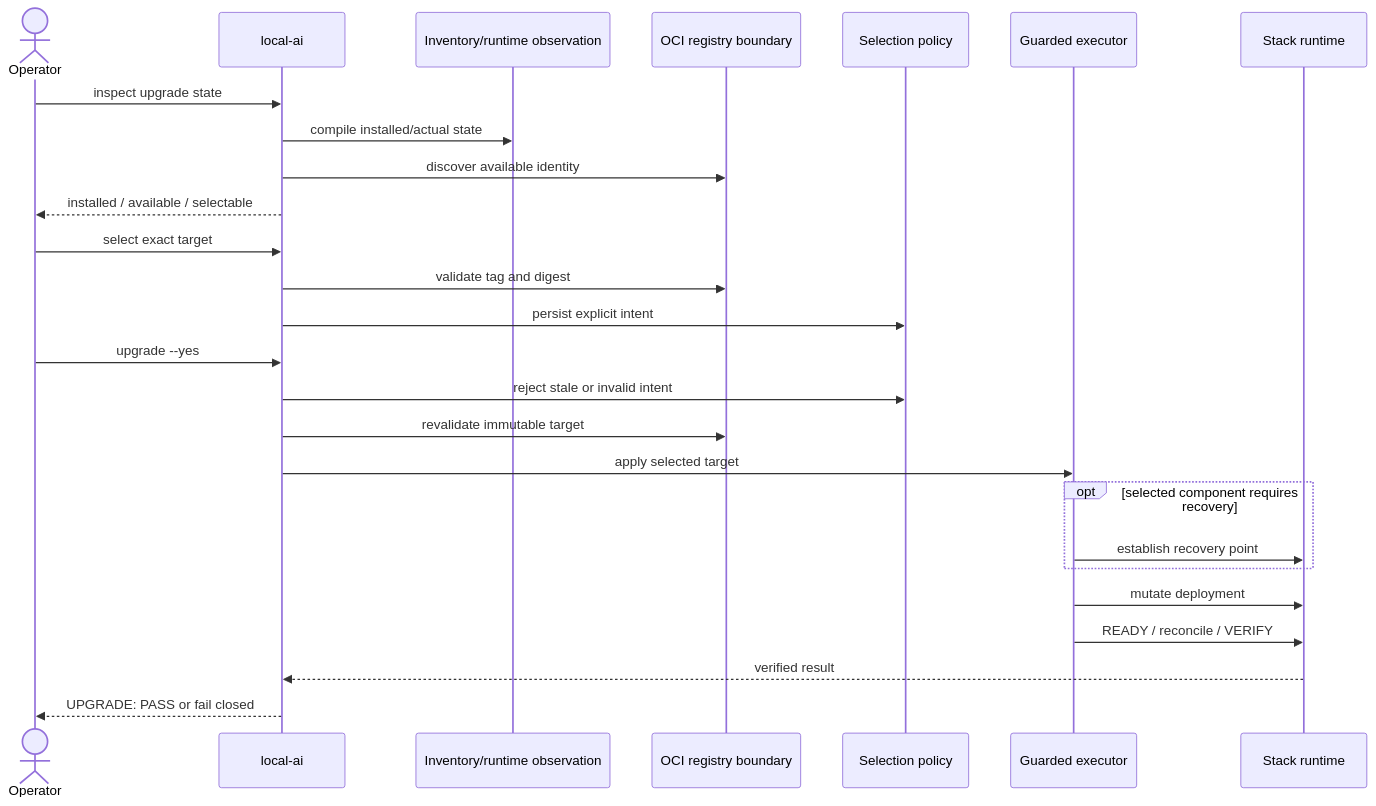
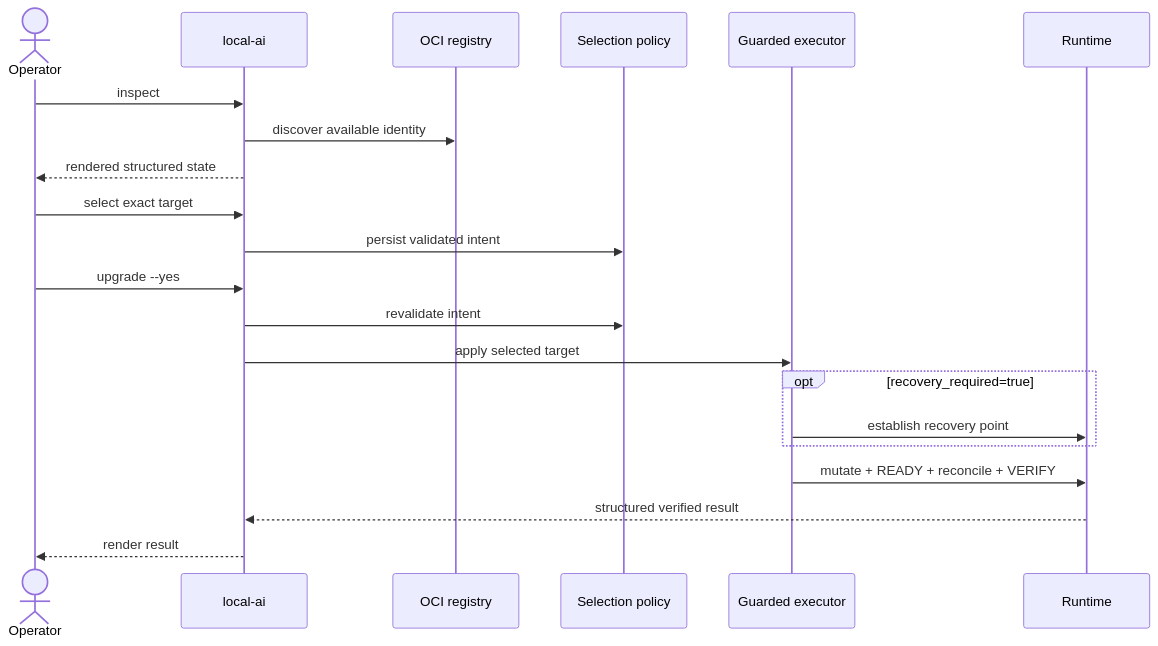
One commit to ea1het/local_hybrid_ai changed the third of 5 diagrams in docs/architecture/management-plane.md. Above: the diagram before and after it, drawn with Mermaid. The commit also changed other lines of this file and 298 other files, not shown here.

````diff
--- a/docs/architecture/management-plane.md
+++ b/docs/architecture/management-plane.md
@@ -56,31 +52,23 @@
 ```mermaid
 sequenceDiagram
     actor Operator
     participant CLI as local-ai
-    participant Inventory as Inventory/runtime observation
-    participant Registry as OCI registry boundary
+    participant Registry as OCI registry
     participant Selection as Selection policy
     participant Executor as Guarded executor
-    participant Runtime as Stack runtime
-
-    Operator->>CLI: inspect upgrade state
-    CLI->>Inventory: compile installed/actual state
+    participant Runtime
+    Operator->>CLI: inspect
     CLI->>Registry: discover available identity
-    CLI-->>Operator: installed / available / selectable
-
+    CLI-->>Operator: rendered structured state
     Operator->>CLI: select exact target
-    CLI->>Registry: validate tag and digest
-    CLI->>Selection: persist explicit intent
-
+    CLI->>Selection: persist validated intent
     Operator->>CLI: upgrade --yes
-    CLI->>Selection: reject stale or invalid intent
-    CLI->>Registry: revalidate immutable target
+    CLI->>Selection: revalidate intent
     CLI->>Executor: apply selected target
-    opt selected component requires recovery
+    opt recovery_required=true
         Executor->>Runtime: establish recovery point
     end
-    Executor->>Runtime: mutate deployment
-    Executor->>Runtime: READY / reconcile / VERIFY
-    Runtime-->>CLI: verified result
-    CLI-->>Operator: UPGRADE: PASS or fail closed
+    Executor->>Runtime: mutate + READY + reconcile + VERIFY
+    Runtime-->>CLI: structured verified result
+    CLI-->>Operator: render result
 ```
````
